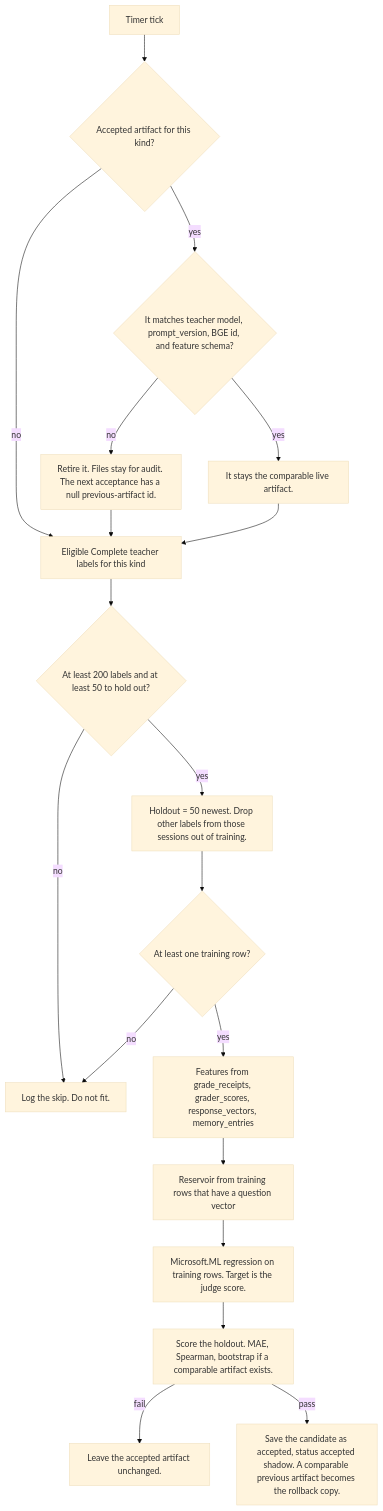
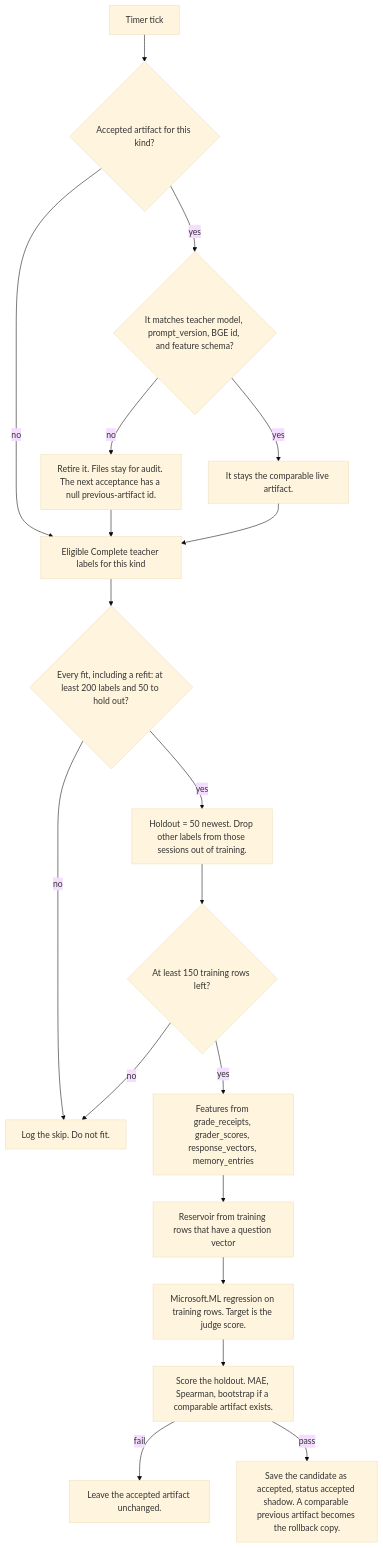
One commit to davidpizon/TotallyHot-ArcRouter changed the first of 2 diagrams in docs/plans/issue-304-phase-7-grader-epoch.md. Above: the diagram before and after it, drawn with Mermaid (base theme). The commit also changed other lines of this file and 3 other files, not shown here.

First line of the commit message:
Require 200 labels and 150 training rows on every grader fit.

````diff
--- a/docs/plans/issue-304-phase-7-grader-epoch.md
+++ b/docs/plans/issue-304-phase-7-grader-epoch.md
@@ -60,21 +60,21 @@
 ```mermaid
 flowchart TD
     tick[Timer tick] --> has{Accepted artifact for this kind?}
     has -->|no| eligible
     has -->|yes| retire{It matches teacher model, prompt_version, BGE id, and feature schema?}
     retire -->|no| drop[Retire it. Files stay for audit. The next acceptance has a null previous-artifact id.]
     retire -->|yes| keep[It stays the comparable live artifact.]
     drop --> eligible
     keep --> eligible
-    eligible[Eligible Complete teacher labels for this kind] --> enough{At least 200 labels and at least 50 to hold out?}
+    eligible[Eligible Complete teacher labels for this kind] --> enough{Every fit, including a refit: at least 200 labels and 50 to hold out?}
     enough -->|no| skip[Log the skip. Do not fit.]
     enough -->|yes| split[Holdout = 50 newest. Drop other labels from those sessions out of training.]
-    split --> rows{At least one training row?}
+    split --> rows{At least 150 training rows left?}
     rows -->|no| skip
     rows -->|yes| features[Features from grade_receipts, grader_scores, response_vectors, memory_entries]
     features --> reservoir[Reservoir from training rows that have a question vector]
     reservoir --> fit[Microsoft.ML regression on training rows. Target is the judge score.]
     fit --> gate[Score the holdout. MAE, Spearman, bootstrap if a comparable artifact exists.]
     gate -->|fail| stay[Leave the accepted artifact unchanged.]
     gate -->|pass| save[Save the candidate as accepted, status accepted shadow. A comparable previous artifact becomes the rollback copy.]
 ```
````
